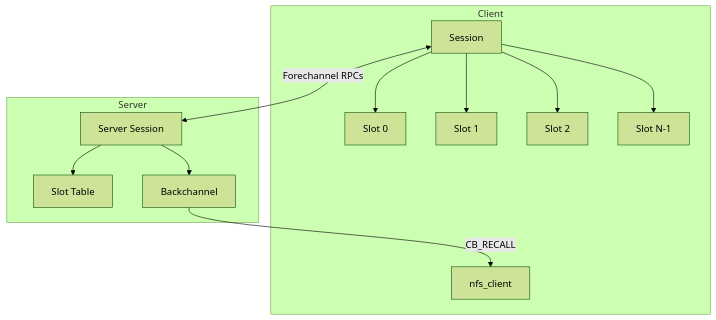
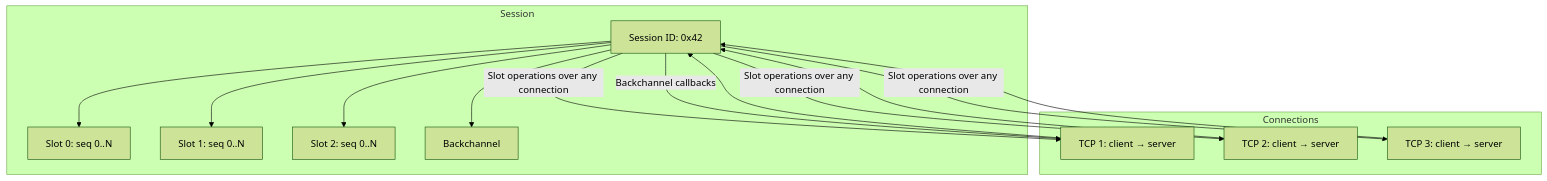
One commit to darrenstarr/dnfs changed the first of 4 diagrams in docs/nfs-ebook/ch04-nfs41.md. Above: the diagram before and after it, drawn with Mermaid (forest theme). The commit also changed other lines of this file and 9 other files, not shown here.

````diff
--- a/docs/nfs-ebook/ch04-nfs41.md
+++ b/docs/nfs-ebook/ch04-nfs41.md
@@ -19,18 +56,22 @@
 ```mermaid
 flowchart TD
-    subgraph Client
-        C[nfs_client]
-        S[Session]
-        S --> SL[Slot 0]
-        S --> S1[Slot 1]
-        S --> S2[Slot 2]
-        S --> SN[Slot N-1]
+    subgraph Session
+        S[Session ID: 0x42]
+        S --> T0[Slot 0: seq 0..N]
+        S --> T1[Slot 1: seq 0..N]
+        S --> T2[Slot 2: seq 0..N]
+        S --> B[Backchannel]
     end
-    subgraph Server
-        SV[Server Session]
-        SV --> SVL[Slot Table]
-        SV --> BC[Backchannel]
-        BC -->|CB_RECALL| C
+    subgraph Connections
+        C1[TCP 1: client → server]
+        C2[TCP 2: client → server]
+        C3[TCP 3: client → server]
     end
-    S <-->|Forechannel RPCs| SV
+    C1 --> S
+    C2 --> S
+    C3 --> S
+    S -->|Slot operations over any connection| C1
+    S -->|Slot operations over any connection| C2
+    S -->|Slot operations over any connection| C3
+    S -->|Backchannel callbacks| C1
 ```
````
